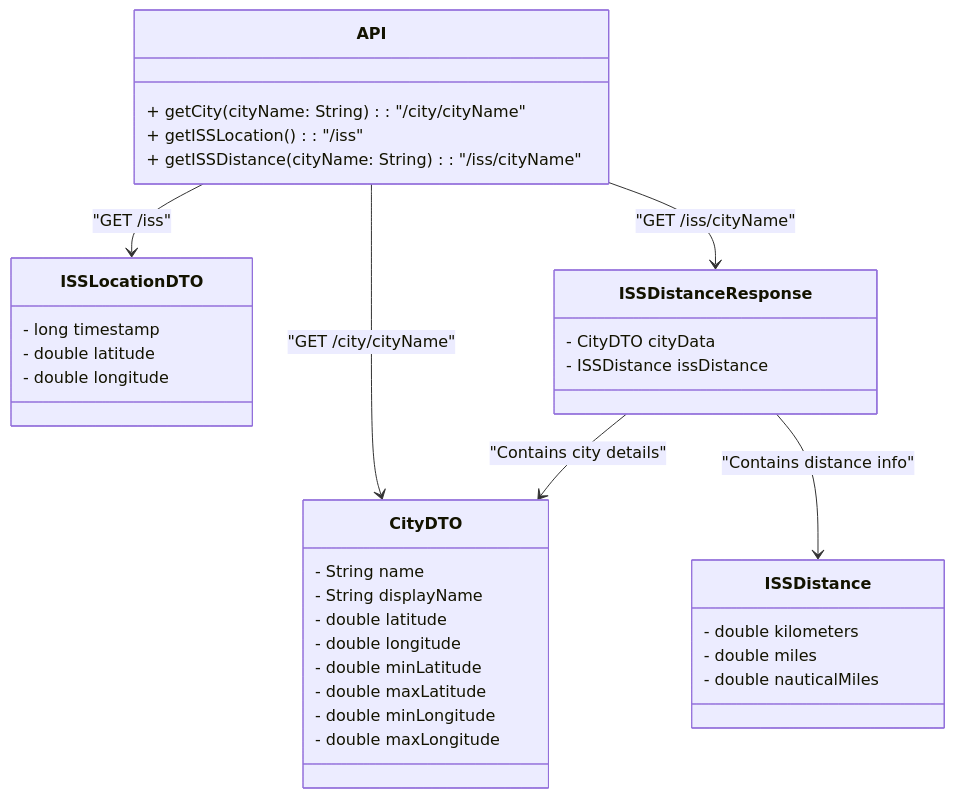
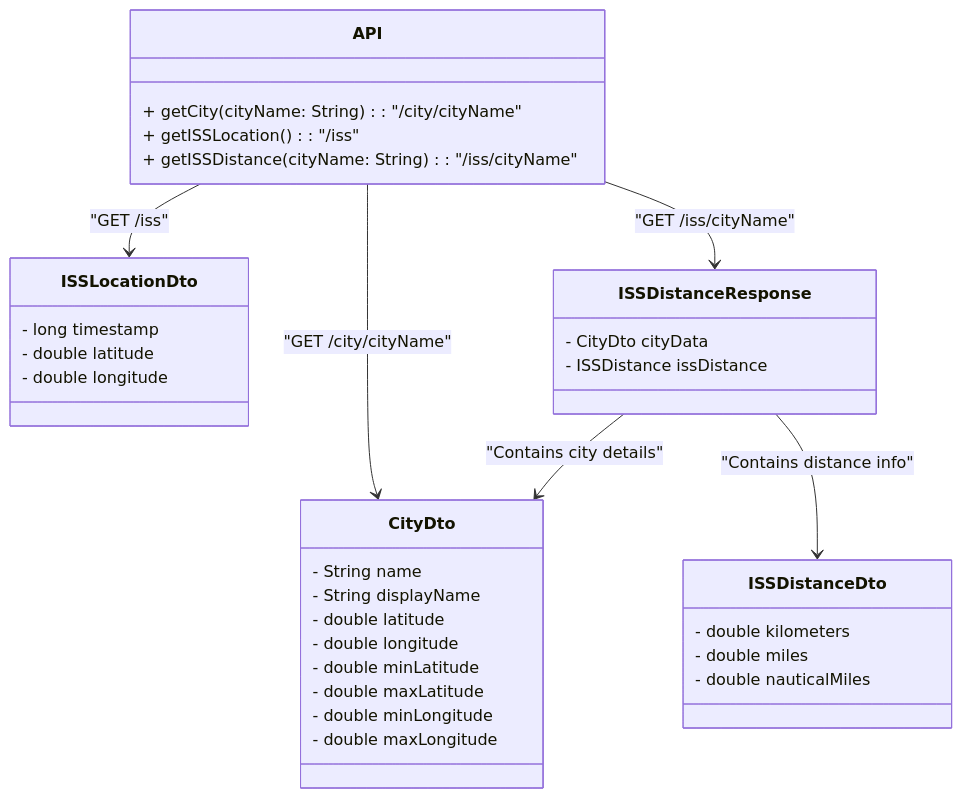
Before and after one commit to hstr0100/dio-lab-cloud-api: the diagram in README.md, drawn with Mermaid. The commit also changed 20 other files, not shown here.

````diff
--- a/README.md
+++ b/README.md
@@ -21,43 +21,43 @@
 ```mermaid
 classDiagram
-    class CityDTO {
+    class CityDto {
         - String name
         - String displayName
         - double latitude
         - double longitude
         - double minLatitude
         - double maxLatitude
         - double minLongitude
         - double maxLongitude
     }
 
-    class ISSLocationDTO {
+    class ISSLocationDto {
         - long timestamp
         - double latitude
         - double longitude
     }
 
     class ISSDistanceResponse {
-        - CityDTO cityData
+        - CityDto cityData
         - ISSDistance issDistance
     }
 
-    class ISSDistance {
+    class ISSDistanceDto {
         - double kilometers
         - double miles
         - double nauticalMiles
     }
 
     class API {
         + getCity(cityName: String): "/city/cityName"
         + getISSLocation(): "/iss"
         + getISSDistance(cityName: String): "/iss/cityName"
     }
 
-    API --> CityDTO : "GET /city/cityName"
-    API --> ISSLocationDTO : "GET /iss"
+    API --> CityDto : "GET /city/cityName"
+    API --> ISSLocationDto : "GET /iss"
     API --> ISSDistanceResponse : "GET /iss/cityName"
-    ISSDistanceResponse --> CityDTO : "Contains city details"
-    ISSDistanceResponse --> ISSDistance : "Contains distance info"
+    ISSDistanceResponse --> CityDto : "Contains city details"
+    ISSDistanceResponse --> ISSDistanceDto : "Contains distance info"
 
 ```
````
